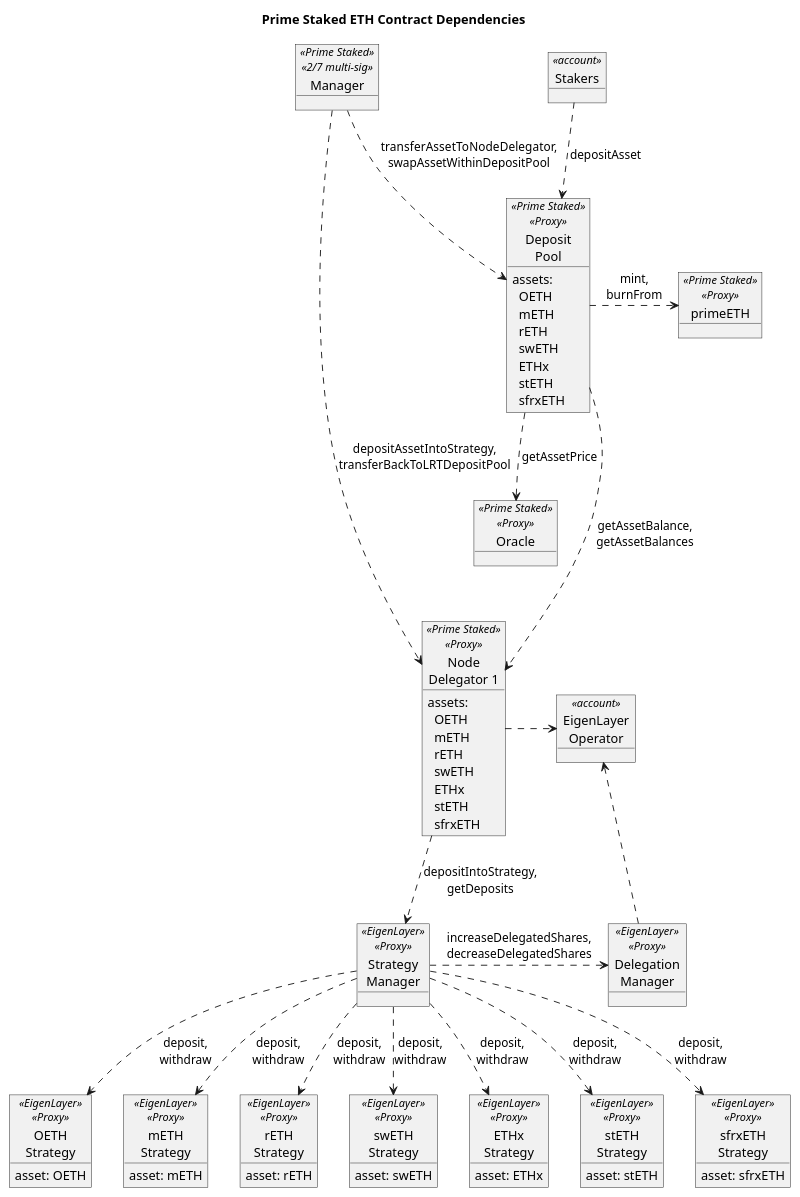
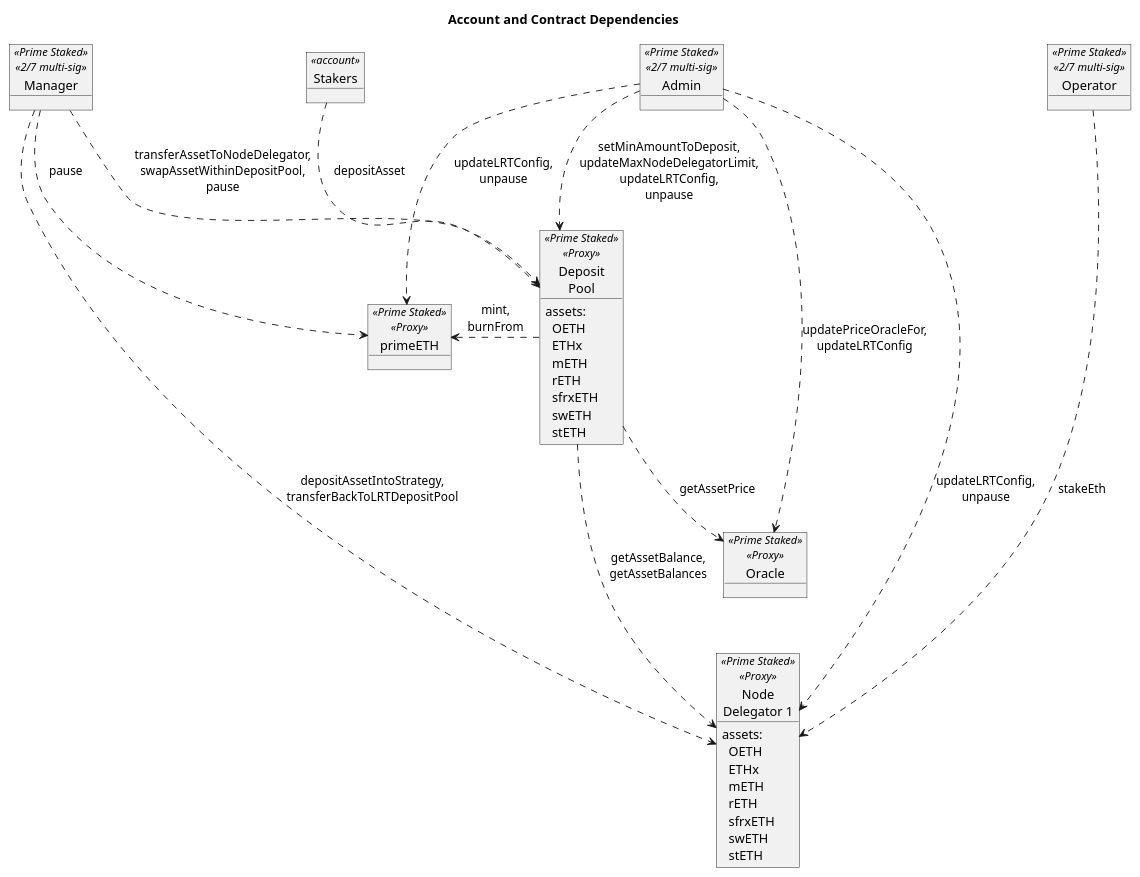
The diagram in docs/plantuml/primeContracts.puml (oplabs/primestaked-eth), drawn with PlantUML before and after one commit. The commit also changed 112 other files, not shown here.

First line of the commit message:
Updated docs and diagrams (#23)

```diff
--- a/docs/plantuml/primeContracts.puml
+++ b/docs/plantuml/primeContracts.puml
@@ -2,7 +2,10 @@
 
 skinparam tabSize 2
 
-title "Prime Staked ETH Contract Dependencies"
+' title "Prime Staked ETH Contract Dependencies"
+' title "Prime Staked ETH Oracle Contract Dependencies"
+title "Account and Contract Dependencies"
+' title "EigenLayer Contract Dependencies"
 
 object "Stakers" as staker <<account>> {
 }
@@ -10,11 +13,11 @@
 object "Manager" as man <<Prime Staked>> <<2/7 multi-sig>> {
 }
 
-' object "Admin" as admin <<Prime Staked>> <<2/7 multi-sig>> {
-' }
+object "Admin" as admin <<Prime Staked>> <<2/7 multi-sig>> {
+}
 
-' object "Operator" as op <<Prime Staked>> <<2/7 multi-sig>> {
-' }
+object "Operator" as op <<Prime Staked>> <<2/7 multi-sig>> {
+}
 
 object "primeETH" as peth <<Prime Staked>> <<Proxy>> {
 }
@@ -22,23 +25,75 @@
 object "Deposit\nPool" as dep <<Prime Staked>> <<Proxy>> {
 assets:
     \tOETH
+    \tETHx
     \tmETH
     \trETH
+    \tsfrxETH
     \tswETH
-    \tETHx
     \tstETH
-    \tsfrxETH
 }
+
+' object "Config" as config <<Prime Staked>> <<Proxy>> {
+' }
+
+object "Oracle" as oracle <<Prime Staked>> <<Proxy>> {
+}
+
+' object "ChainlinkPriceOracle" as cloracle <<Prime Staked>> <<Proxy>> {
+' assets:
+'     \trETH
+'     \tstETH
+'     \tswETH
+' }
+' object "MEthPriceOracle" as moracle <<Prime Staked>> <<Proxy>> {
+' asset: mETH
+' }
+' object "EthXPriceOracle" as xoracle <<Prime Staked>> <<Proxy>> {
+' asset: ETHx
+' }
+' object "SfrxETHPriceOracle" as sfrxoracle <<Prime Staked>> <<Proxy>> {
+' asset: sfrxETH
+' }
+
+' object "OETHPriceOracle" as ooracle <<Prime Staked>> <<Proxy>> {
+' asset: OETH
+' }
+
+' object "EACAggregatorProxy" as rcl <<ChainLink>> {
+' asset: rETH
+' }
+' object "EACAggregatorProxy" as stcl <<ChainLink>> {
+' asset: stETH
+' }
+' object "PriceFeedSwellSwetheth" as swrs <<RedStone>> {
+' asset: swETH
+' }
+
+' object "sfrxETH" as sfrxETH <<Frax>> <<Proxy>> {
+' shares: sfrxETH
+' asset: frxETH
+' }
+' object "SfrxEthWethDualOracle" as frxo <<Frax>> <<Proxy>> {
+' asset: frxETH
+' }
+
+' object "StaderStakePoolsManager" as sspm <<Stader>> <<Proxy>> {
+' asset: ETHx
+' }
+
+' object "Staking" as ms <<Mantle>>  <<Proxy>> {
+' asset: mETH
+' }
 
 object "Node\nDelegator 1" as del1 <<Prime Staked>> <<Proxy>> {
 assets:
     \tOETH
+    \tETHx
     \tmETH
     \trETH
+    \tsfrxETH
     \tswETH
-    \tETHx
     \tstETH
-    \tsfrxETH
 }
 
 ' object "Node\nDelegator 2" as del2 <<Prime Staked>> <<Proxy>> {
@@ -47,44 +102,38 @@
 '     \tsfrxETH
 ' }
 
-' object "Config" as config <<Prime Staked>> <<Proxy>> {
+' object "Strategy\nManager" as stratMan <<EigenLayer>> <<Proxy>> {
 ' }
 
-object "Oracle" as oracle <<Prime Staked>> <<Proxy>> {
-}
+' object "OETH\nStrategy" as stratOETH <<EigenLayer>> <<Proxy>> {
+' asset: OETH
+' }
+' object "mETH\nStrategy" as stratMETH <<EigenLayer>> <<Proxy>> {
+' asset: mETH
+' }
+' object "rETH\nStrategy" as stratRETH <<EigenLayer>> <<Proxy>> {
+' asset: rETH
+' }
+' object "swETH\nStrategy" as stratSWETH <<EigenLayer>> <<Proxy>> {
+' asset: swETH
+' }
+' object "ETHx\nStrategy" as stratETHx <<EigenLayer>> <<Proxy>> {
+' asset: ETHx
+' }
+' object "stETH\nStrategy" as stratLido <<EigenLayer>> <<Proxy>> {
+' asset: stETH
+' }
+' object "sfrxETH\nStrategy" as stratFrax <<EigenLayer>> <<Proxy>> {
+' asset: sfrxETH
+' }
 
-object "Strategy\nManager" as stratMan <<EigenLayer>> <<Proxy>> {
-}
-
-object "OETH\nStrategy" as stratOETH <<EigenLayer>> <<Proxy>> {
-asset: OETH
-}
-object "mETH\nStrategy" as stratMETH <<EigenLayer>> <<Proxy>> {
-asset: mETH
-}
-object "rETH\nStrategy" as stratRETH <<EigenLayer>> <<Proxy>> {
-asset: rETH
-}
-object "swETH\nStrategy" as stratSWETH <<EigenLayer>> <<Proxy>> {
-asset: swETH
-}
-object "ETHx\nStrategy" as stratETHx <<EigenLayer>> <<Proxy>> {
-asset: ETHx
-}
-object "stETH\nStrategy" as stratLido <<EigenLayer>> <<Proxy>> {
-asset: stETH
-}
-object "sfrxETH\nStrategy" as stratFrax <<EigenLayer>> <<Proxy>> {
-asset: sfrxETH
-}
-
-object "Delegation\nManager" as delMan <<EigenLayer>> <<Proxy>> {
-}
+' object "Delegation\nManager" as delMan <<EigenLayer>> <<Proxy>> {
+' }
 ' object "Slasher" as slasher <<EigenLayer>> <<Proxy>> {
 ' }
 
-object "EigenLayer\nOperator" as eop <<account>> {
-}
+' object "EigenLayer\nOperator" as eop <<account>> {
+' }
 
 ' object "Eigen\nPod Manager" as podMan <<EigenLayer>> <<Proxy>> {
 ' }
@@ -93,57 +142,74 @@
 ' object "Eigen\nPod 2" as pod2 <<EigenLayer>> <<Proxy>> {
 ' }
 
-
 staker ..> dep : depositAsset
 
-' Main functions
-man ..> dep : transferAssetToNodeDelegator,\nswapAssetWithinDepositPool
-man ....> del1 : depositAssetIntoStrategy,\ntransferBackToLRTDepositPool
+' ' Main functions
+' man ..> dep : transferAssetToNodeDelegator,\nswapAssetWithinDepositPool
+' man ....> del1 : depositAssetIntoStrategy,\ntransferBackToLRTDepositPool
 
 ' ' All functions
-' admin ..> dep : setMinAmountToDeposit,\nupdateMaxNodeDelegatorLimit,\nupdateLRTConfig,\nunpause
-' admin ..> peth : updateLRTConfig,\nunpause
-' admin ....> del1 : updateLRTConfig,\nunpause
-' admin ...> oracle : updatePriceOracleFor,\nupdateLRTConfig
-' man ..> dep : transferAssetToNodeDelegator,\nswapAssetWithinDepositPool,\npause
-' man ..> peth : pause
-' man ....> del1 : depositAssetIntoStrategy,\ntransferBackToLRTDepositPool
-' op ....> del1 : stakeEth
-' ' man ...> del2 : depositAssetIntoStrategy,\ntransferBackToLRTDepositPool,\ncreateEigenPod
+admin ..> dep : setMinAmountToDeposit,\nupdateMaxNodeDelegatorLimit,\nupdateLRTConfig,\nunpause
+admin ..> peth : updateLRTConfig,\nunpause
+admin ....> del1 : updateLRTConfig,\nunpause
+admin ...> oracle : updatePriceOracleFor,\nupdateLRTConfig
+man ..> dep : transferAssetToNodeDelegator,\nswapAssetWithinDepositPool,\npause
+man ..> peth : pause
+man ....> del1 : depositAssetIntoStrategy,\ntransferBackToLRTDepositPool
+op ....> del1 : stakeEth
+' man ...> del2 : depositAssetIntoStrategy,\ntransferBackToLRTDepositPool,\ncreateEigenPod
 
-dep .> peth : mint,\nburnFrom
+peth <. dep : mint,\nburnFrom
 
-' config <. dep : depositLimitByAsset,\ngetContract,\npeth
+' dep ..> config : hasRole,\ndepositLimitByAsset,\ngetContract,\nprimeETH
+' config <.. del1 : hasRole,\ngetContract,\nassetStrategy
+' oracle ..> config : hasRole,\ngetContract,\ngetSupportedAssetList,\nprimeETH
+' peth ..> config : hasRole
+' config <.. del2 : getContract,\nassetStrategy
 
 dep ...> del1 : getAssetBalance,\ngetAssetBalances
-' dep ...> del2 : getAssetBalance,\ngetAssetBalances,\ngetETHEigenPodBalance,\nsendETHFromDepositPoolToNDC
-dep ..> oracle : getAssetPrice
+'' dep ...> del2 : getAssetBalance,\ngetAssetBalances,\ngetETHEigenPodBalance,\nsendETHFromDepositPoolToNDC
+dep .> oracle : getAssetPrice
 
-' config <.. del1 : getContract,\nassetStrategy
-' config <.. del2 : getContract,\nassetStrategy
+' oracle ..> cloracle : getAssetPrice
+' oracle ..> moracle : getAssetPrice
+' oracle ..> xoracle : getAssetPrice
+' oracle ..> sfrxoracle : getAssetPrice
+' oracle ..> ooracle : getAssetPrice
 
-del1 .> eop
-eop <.. delMan
+' cloracle ..> rcl : latestRoundData
+' cloracle ..> stcl : latestRoundData
+' cloracle ..> swrs : latestRoundData
 
-del1 ..> stratMan : depositIntoStrategy,\ngetDeposits
-' del2 ..> stratMan : depositIntoStrategy,\ngetDeposits
-stratMan .> delMan : increaseDelegatedShares,\ndecreaseDelegatedShares
-' delMan ..> slasher
+' xoracle ..> sspm : getExchangeRate
+
+' sfrxoracle ..> sfrxETH : pricePerShare
+' sfrxoracle ..> frxo : getCurveEmaEthPerFrxEth
+
+' moracle ..> ms : mETHToETH
+
+' del1 .> eop
+' eop <.. delMan
+
+' del1 ..> stratMan : depositIntoStrategy,\ngetDeposits
+' ' del2 ..> stratMan : depositIntoStrategy,\ngetDeposits
+' stratMan .> delMan : increaseDelegatedShares,\ndecreaseDelegatedShares
+' ' delMan ..> slasher
 
 ' del1 ..> podMan : createPod,\nownerToPod
-' ' del2 ..> podMan : createPod,\nownerToPod
+' ' ' del2 ..> podMan : createPod,\nownerToPod
 ' podMan ..> pod1
-' podMan ..> pod2
+' ' podMan ..> pod2
 
 ' del1 ...> pod1 : verifyWithdrawalCredentialsAndBalance
-' del2 ...> pod2 : verifyWithdrawalCredentialsAndBalance
+' ' del2 ...> pod2 : verifyWithdrawalCredentialsAndBalance
 
-stratMan ..> stratOETH : deposit,\nwithdraw
-stratMan ..> stratMETH : deposit,\nwithdraw
-stratMan ..> stratRETH : deposit,\nwithdraw
-stratMan ..> stratSWETH : deposit,\nwithdraw
-stratMan ..> stratETHx : deposit,\nwithdraw
-stratMan ..> stratLido : deposit,\nwithdraw
-stratMan ..> stratFrax : deposit,\nwithdraw
+' stratMan ..> stratOETH : deposit,\nwithdraw
+' stratMan ..> stratMETH : deposit,\nwithdraw
+' stratMan ..> stratRETH : deposit,\nwithdraw
+' stratMan ..> stratSWETH : deposit,\nwithdraw
+' stratMan ..> stratETHx : deposit,\nwithdraw
+' stratMan ..> stratLido : deposit,\nwithdraw
+' stratMan ..> stratFrax : deposit,\nwithdraw
 
 @enduml
```
